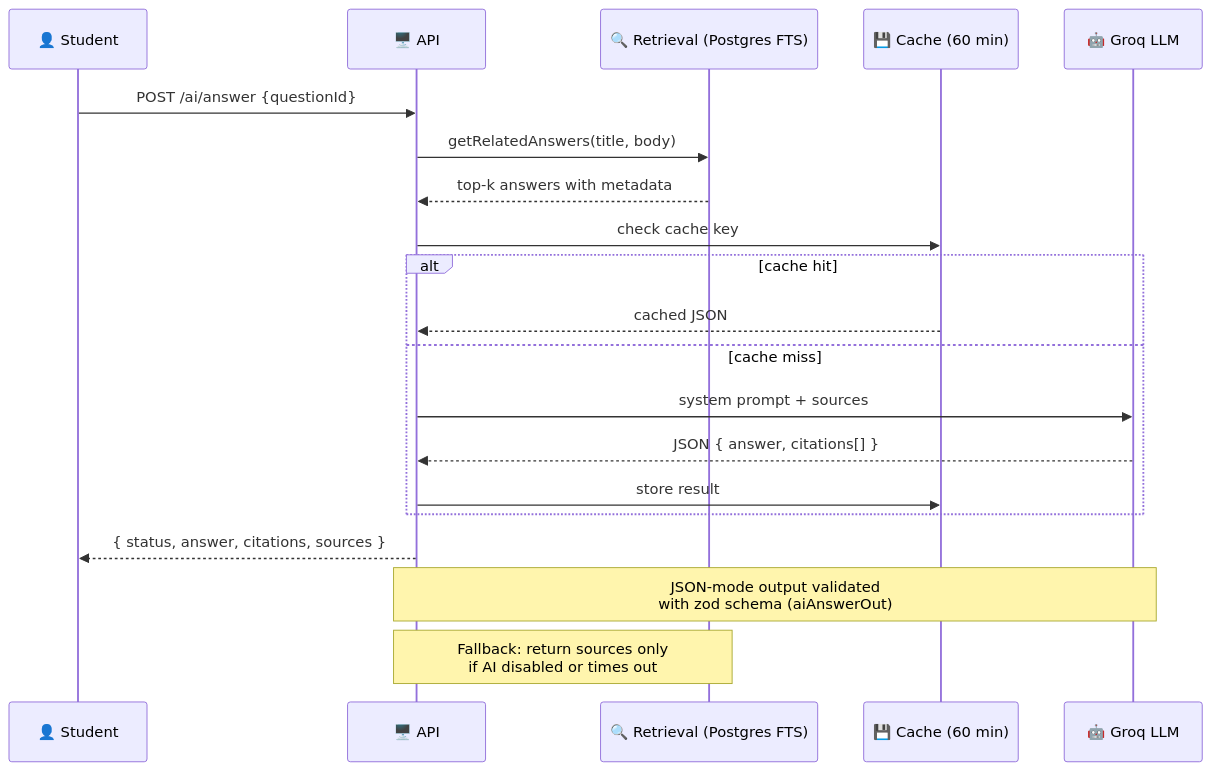
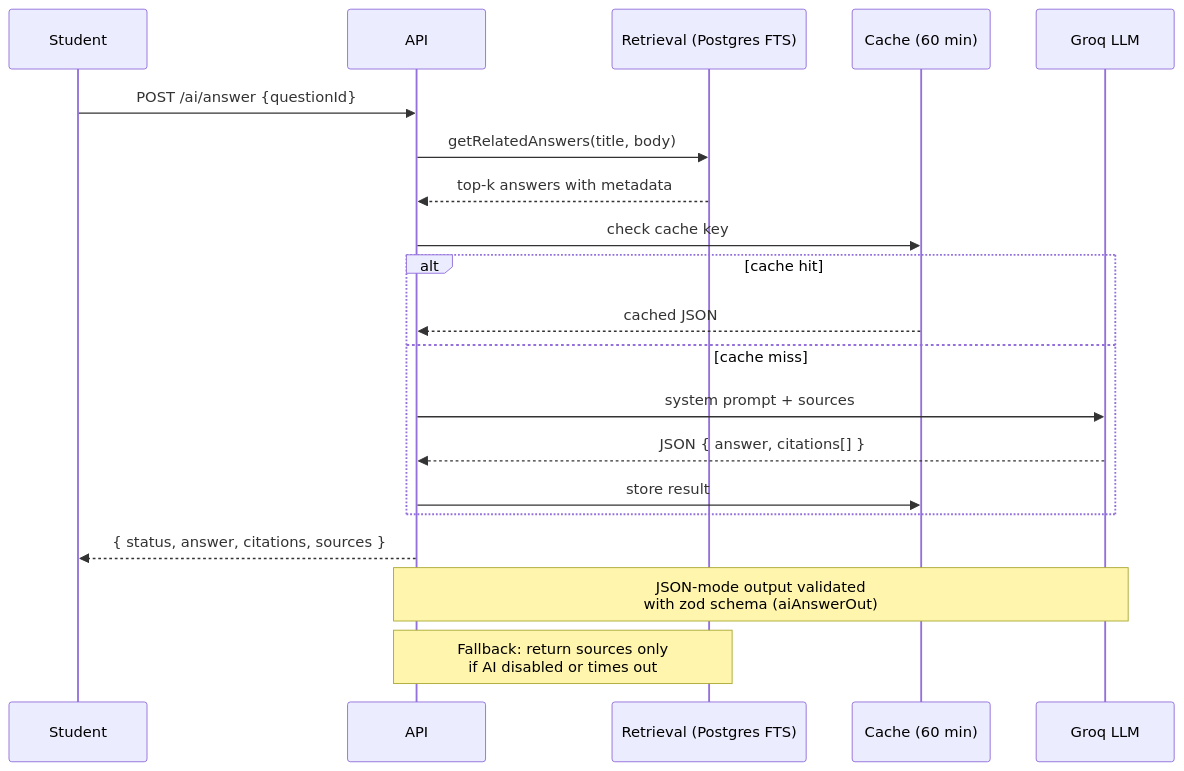
The third of 4 diagrams in README.md (prajwal-priyadarshan/CrossRoads), drawn with Mermaid before and after one commit. The commit also changed other lines of this file and 1 other file, not shown here.

Commit message:
docs: add architecture workflow diagram and expand README with comprehensive project documentation

````diff
--- a/README.md
+++ b/README.md
@@ -109,24 +185,24 @@
 ```mermaid
 sequenceDiagram
-    participant U as 👤 Student
-    participant API as 🖥️ API
-    participant R as 🔍 Retrieval (Postgres FTS)
-    participant C as 💾 Cache (60 min)
-    participant LLM as 🤖 Groq LLM
+    participant U as Student
+    participant API as API
+    participant R as Retrieval (Postgres FTS)
+    participant C as Cache (60 min)
+    participant LLM as Groq LLM
 
     U->>API: POST /ai/answer {questionId}
     API->>R: getRelatedAnswers(title, body)
     R-->>API: top-k answers with metadata
     API->>C: check cache key
     alt cache hit
         C-->>API: cached JSON
     else cache miss
         API->>LLM: system prompt + sources
         LLM-->>API: JSON { answer, citations[] }
         API->>C: store result
     end
     API-->>U: { status, answer, citations, sources }
 
     Note over API,LLM: JSON-mode output validated<br/>with zod schema (aiAnswerOut)
     Note over API,R: Fallback: return sources only<br/>if AI disabled or times out
 ```
````
